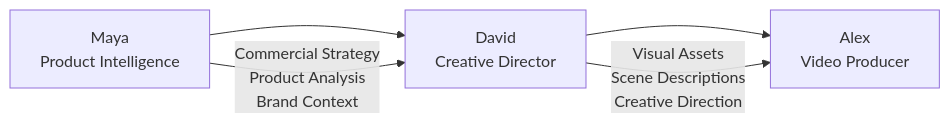
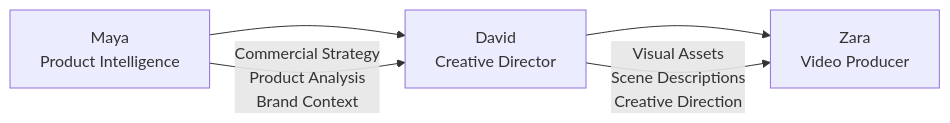
One commit to oharu121/adcraft-ai changed the first of 2 diagrams in specs/creative-director/design.md. Above: the diagram before and after it, drawn with Mermaid. The commit also changed other lines of this file and 69 other files, not shown here.

Commit message:
finished zara persona & video producer UI

````diff
--- a/specs/creative-director/design.md
+++ b/specs/creative-director/design.md
@@ -10,7 +10,7 @@
 ```mermaid
 graph LR
-    A[Maya<br/>Product Intelligence] --> B[David<br/>Creative Director] --> C[Alex<br/>Video Producer]
+    A[Maya<br/>Product Intelligence] --> B[David<br/>Creative Director] --> C[Zara<br/>Video Producer]
     
     A --> |Commercial Strategy<br/>Product Analysis<br/>Brand Context| B
     B --> |Visual Assets<br/>Scene Descriptions<br/>Creative Direction| C
 ```
````
